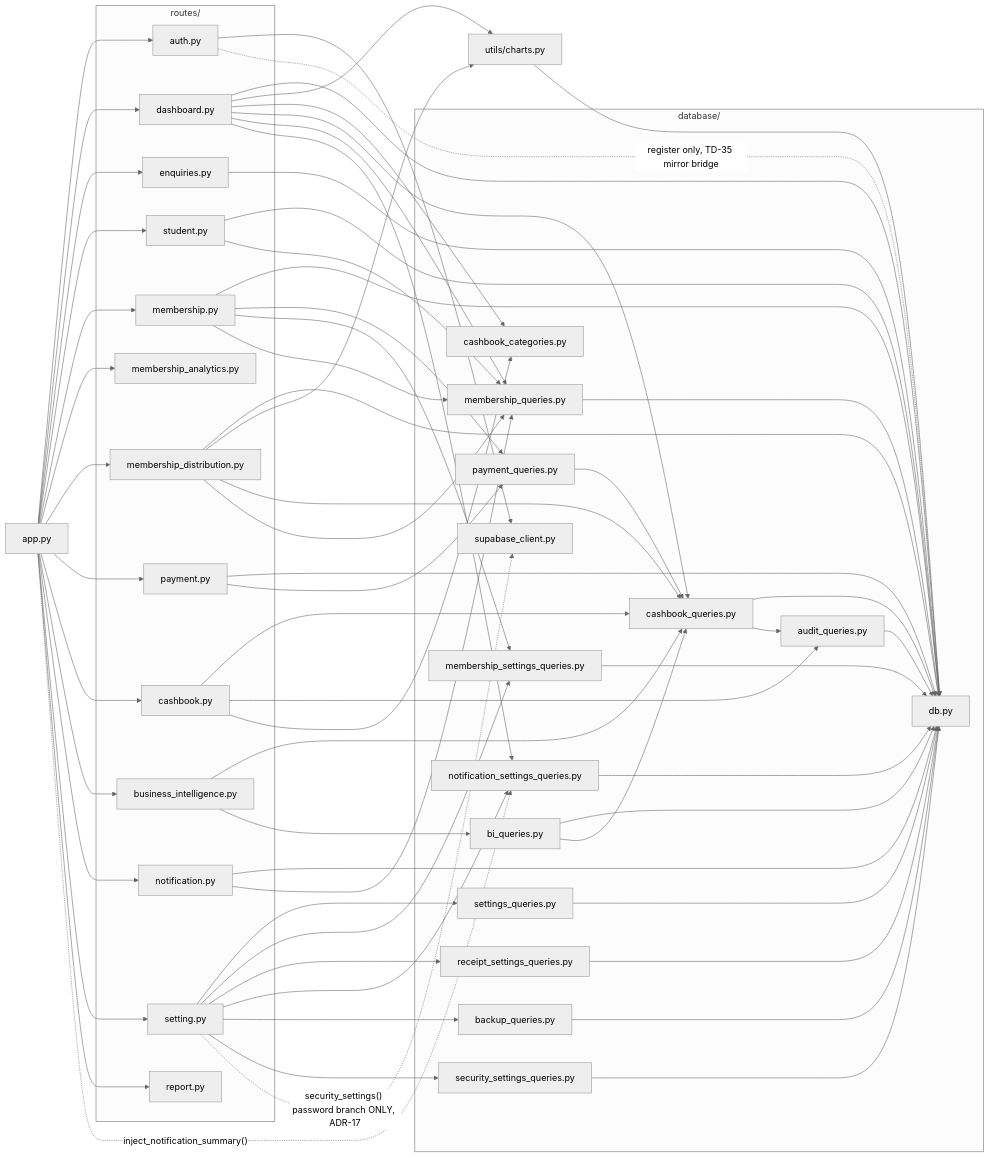
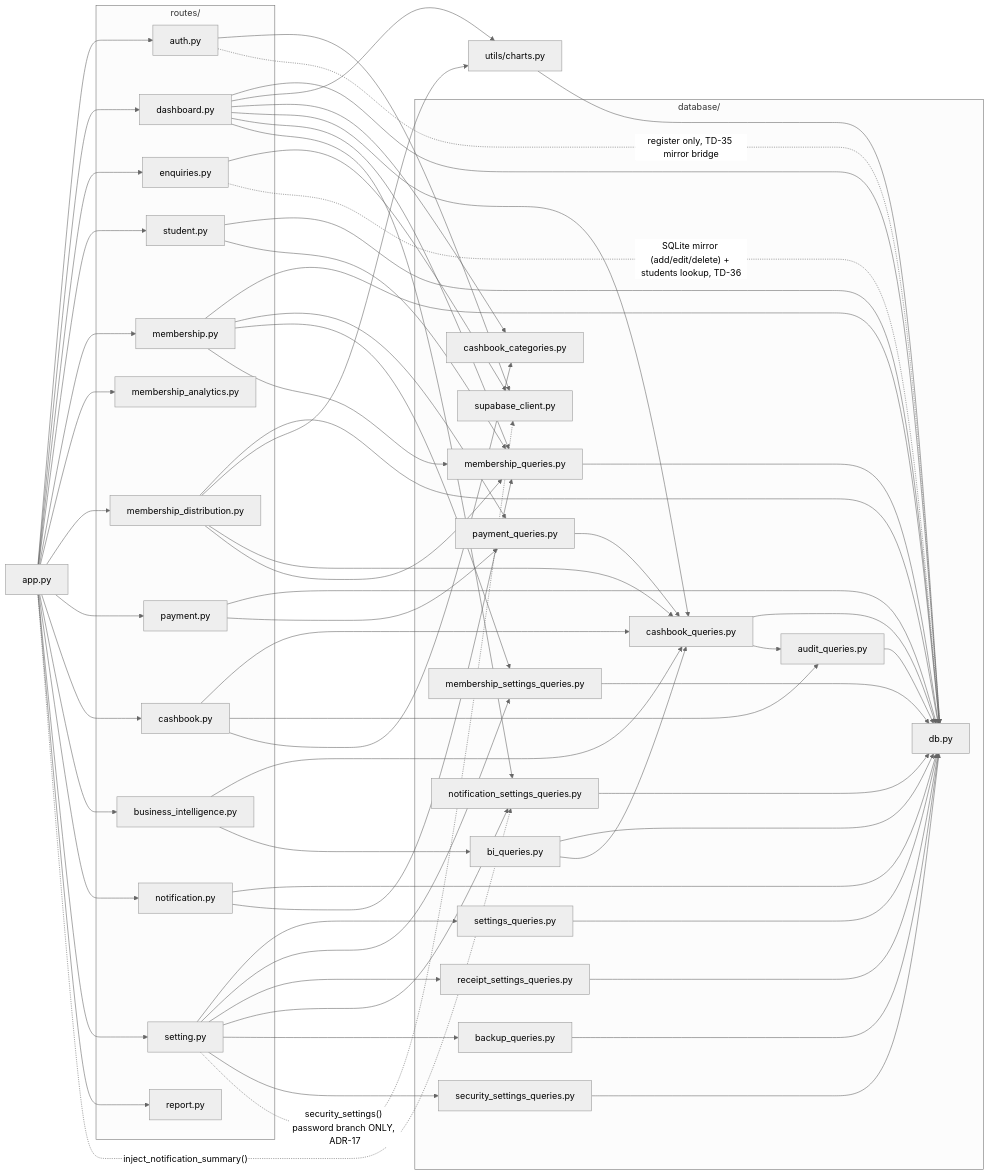
The fifth of 5 diagrams in docs/DIAGRAMS.md (saloni-keshore/smart-library-management-system), drawn with Mermaid (neutral theme) before and after one commit. The commit also changed other lines of this file and 16 other files, not shown here.

Commit message:
migrate Enquiries module to Supabase

```diff
--- a/docs/DIAGRAMS.md
+++ b/docs/DIAGRAMS.md
@@ -334,7 +335,8 @@
     dashboard_py --> cashbook_categories_py
     dashboard_py --> cashbook_queries_py
     dashboard_py --> membership_queries_py
-    enquiries_py --> db_py
+    enquiries_py --> supabase_client_py
+    enquiries_py -.->|"SQLite mirror (add/edit/delete) + students lookup, TD-36"| db_py
     student_py --> db_py
     student_py --> membership_queries_py
     membership_py --> db_py
```
